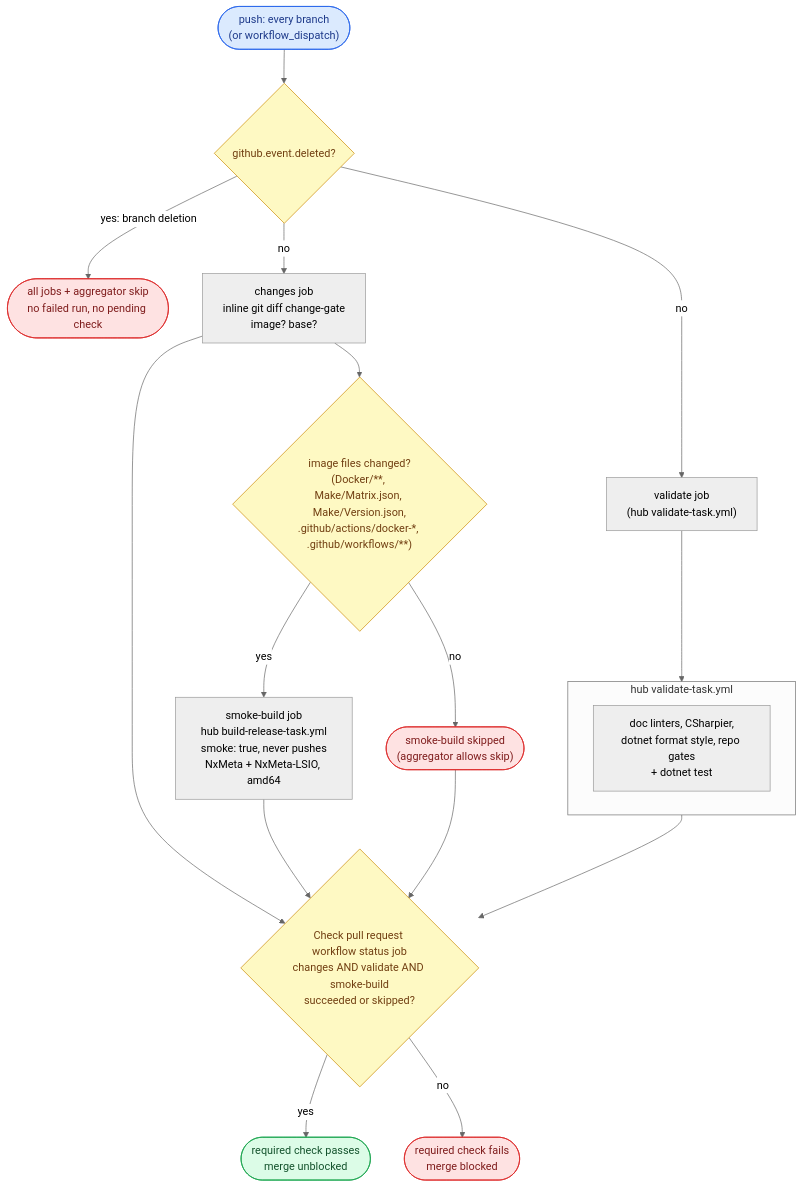
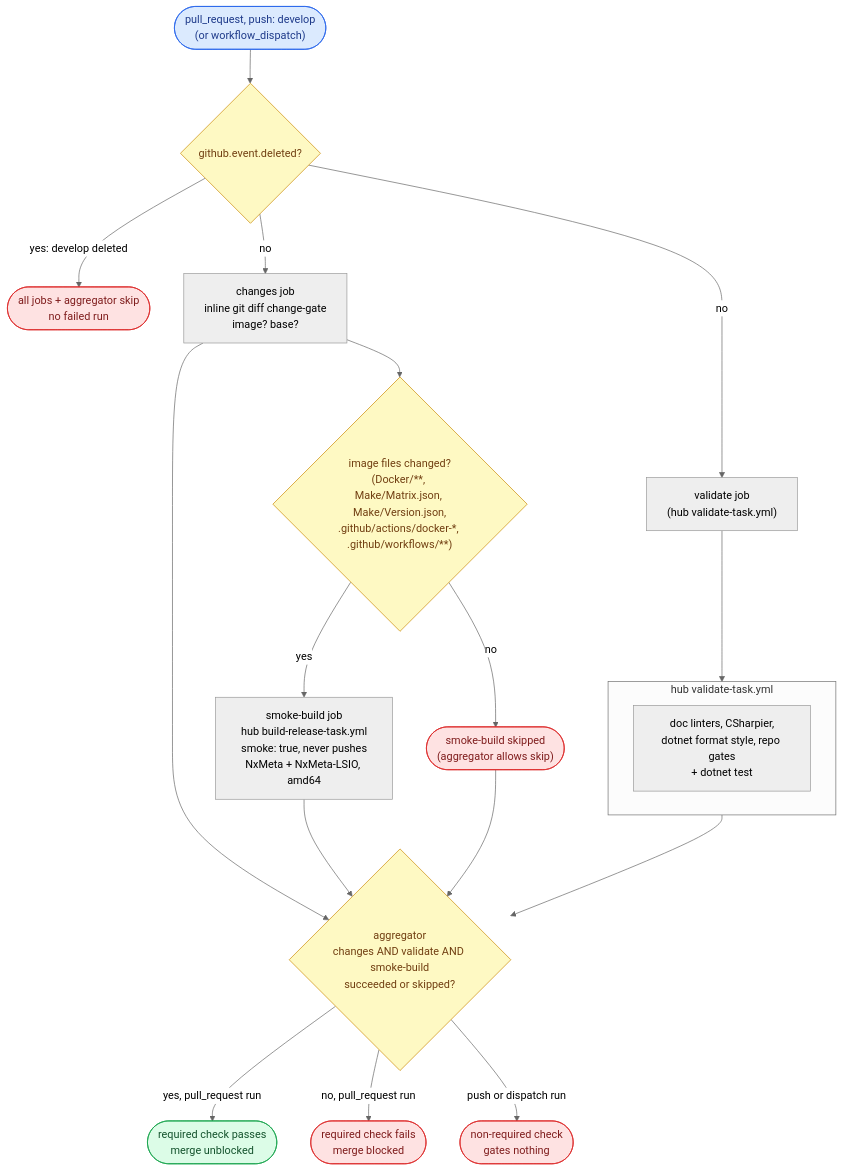
One commit to ptr727/NxWitness changed the first of 4 diagrams in WORKFLOW.md. Above: the diagram before and after it, drawn with Mermaid (neutral theme). The commit also changed other lines of this file and 3 other files, not shown here.

First line of the commit message:
Adopt the Hub's Pull-Request CI Trigger and Ref-Scoped Publisher Group (#669)

````diff
--- a/WORKFLOW.md
+++ b/WORKFLOW.md
@@ -245,26 +248,27 @@
 ```mermaid
 flowchart TD
-    T(["push: every branch<br/>(or workflow_dispatch)"]):::trig
+    T(["pull_request, push: develop<br/>(or workflow_dispatch)"]):::trig
     T --> D{"github.event.deleted?"}:::gate
-    D -- "yes: branch deletion" --> X(["all jobs + aggregator skip<br/>no failed run, no pending check"]):::stop
+    D -- "yes: develop deleted" --> X(["all jobs + aggregator skip<br/>no failed run"]):::stop
     D -- "no" --> CH["changes job<br/>inline git diff change-gate<br/>image? base?"]
     D -- "no" --> V["validate job<br/>(hub validate-task.yml)"]
     subgraph VT ["hub validate-task.yml"]
         VU["doc linters, CSharpier,<br/>dotnet format style, repo gates<br/>+ dotnet test"]
     end
     V --> VT
     CH --> SG{"image files changed?<br/>(Docker/**, Make/Matrix.json, Make/Version.json,<br/>.github/actions/docker-*, .github/workflows/**)"}:::gate
     SG -- "no" --> SS(["smoke-build skipped<br/>(aggregator allows skip)"]):::stop
     SG -- "yes" --> S["smoke-build job<br/>hub build-release-task.yml<br/>smoke: true, never pushes<br/>NxMeta + NxMeta-LSIO, amd64"]
     CH --> A
     VT --> A
     S --> A
     SS --> A
-    A{"Check pull request workflow status job<br/>changes AND validate AND smoke-build<br/>succeeded or skipped?"}:::gate
-    A -- "yes" --> G(["required check passes<br/>merge unblocked"]):::pub
-    A -- "no" --> R(["required check fails<br/>merge blocked"]):::stop
+    A{"aggregator<br/>changes AND validate AND smoke-build<br/>succeeded or skipped?"}:::gate
+    A -- "yes, pull_request run" --> G(["required check passes<br/>merge unblocked"]):::pub
+    A -- "no, pull_request run" --> R(["required check fails<br/>merge blocked"]):::stop
+    A -- "push or dispatch run" --> N(["non-required check<br/>gates nothing"]):::stop
     classDef trig fill:#dbeafe,stroke:#2563eb,color:#1e3a8a
     classDef gate fill:#fef9c3,stroke:#ca8a04,color:#713f12
     classDef pub fill:#dcfce7,stroke:#16a34a,color:#14532d
     classDef stop fill:#fee2e2,stroke:#dc2626,color:#7f1d1d
 ```
````
